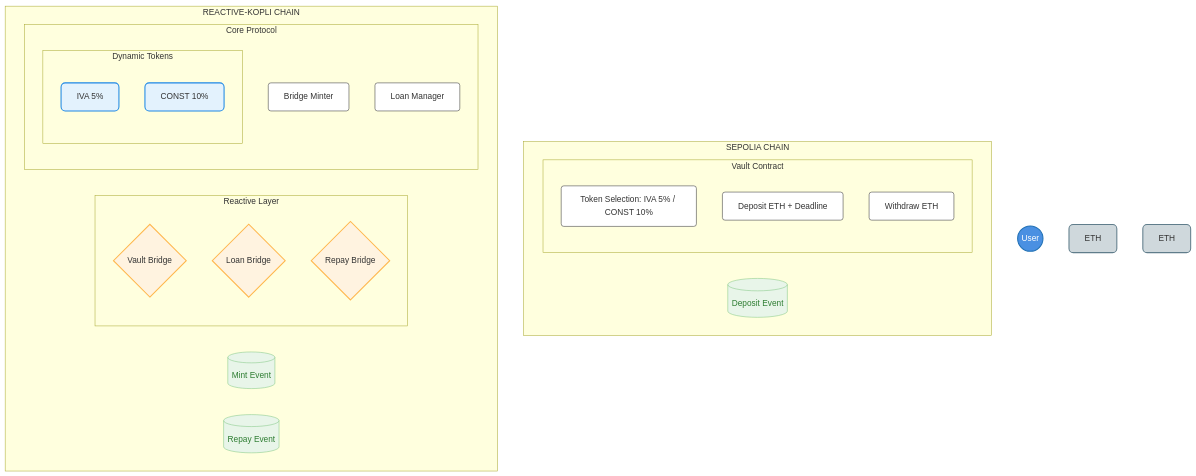
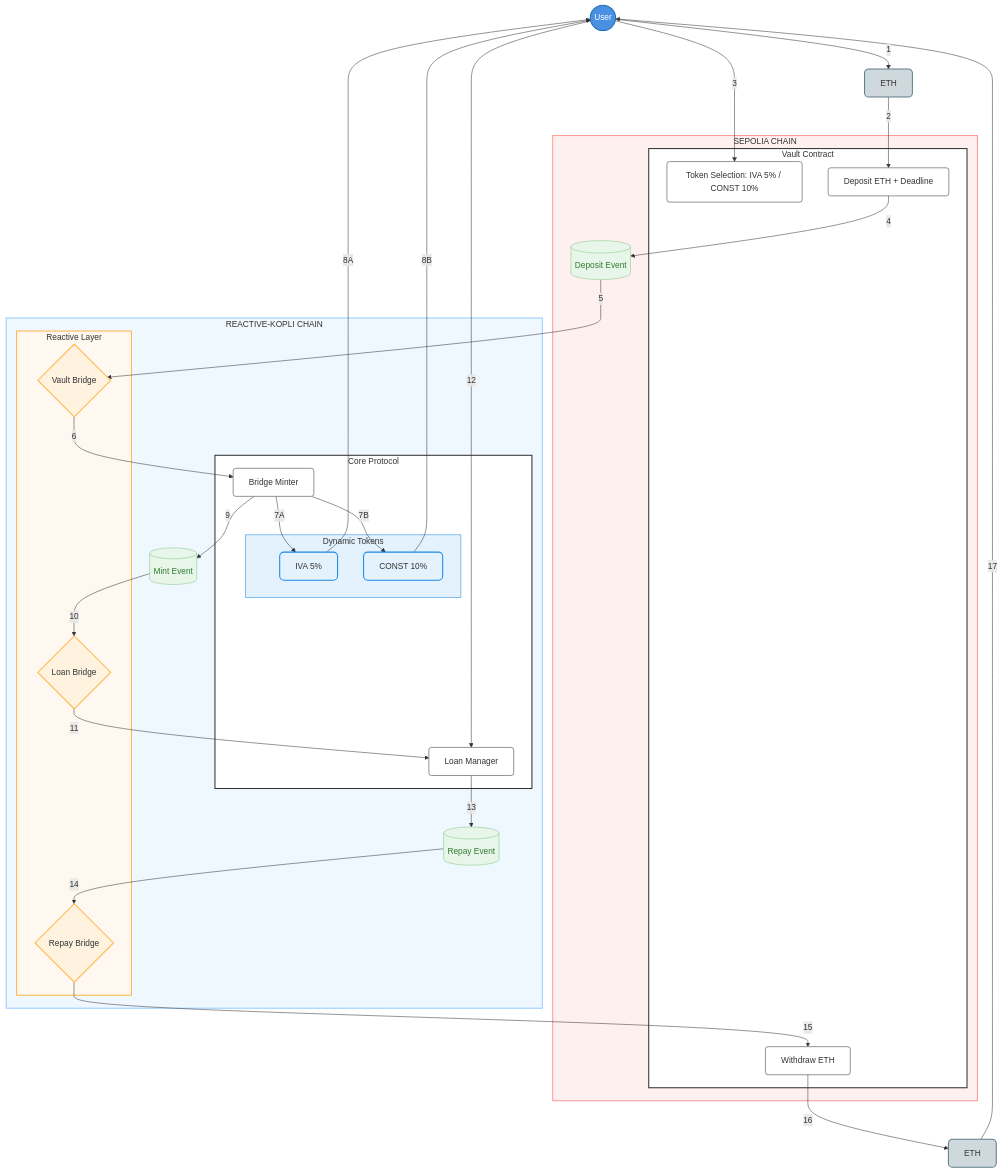
Before and after one commit to Prakhar-30/Reactive_CrossChain_Loan: the diagram in README.md, drawn with Mermaid.

Commit message:
updated architecture diagram

````diff
--- a/README.md
+++ b/README.md
@@ -13,45 +13,75 @@
 ```mermaid
 graph TB
     %% Styling definitions
     classDef userStyle fill:#4A90E2,stroke:#2171B5,stroke-width:2px,color:#fff,rx:20
     classDef contractStyle fill:#fff,stroke:#333,stroke-width:1px,rx:5
     classDef reactiveStyle fill:#FFF3E0,stroke:#FFB74D,stroke-width:2px,rx:10
     classDef eventStyle fill:#E8F5E9,stroke:#81C784,stroke-width:1px,color:#2E7D32,rx:15
     classDef tokenStyle fill:#E3F2FD,stroke:#1E88E5,stroke-width:2px,rx:8
     classDef ethStyle fill:#CFD8DC,stroke:#607D8B,stroke-width:2px,rx:8
     
     %% Nodes
     User((User)):::userStyle
     ETH_Start[ETH]:::ethStyle
     ETH_End[ETH]:::ethStyle
     
     subgraph SEPOLIA[SEPOLIA CHAIN]
         subgraph Vault[Vault Contract]
             TokenSelect[Token Selection: IVA 5% / CONST 10%]:::contractStyle
             Deposit[Deposit ETH + Deadline]:::contractStyle
             Withdraw[Withdraw ETH]:::contractStyle
         end
         DepositEvent[(Deposit Event)]:::eventStyle
     end
+
     subgraph KOPLI[REACTIVE-KOPLI CHAIN]
         subgraph Reactive[Reactive Layer]
             VaultBridge{Vault Bridge}:::reactiveStyle
             LoanBridge{Loan Bridge}:::reactiveStyle
             RepayBridge{Repay Bridge}:::reactiveStyle
         end
         
         subgraph Core[Core Protocol]
             BridgeMinter[Bridge Minter]:::contractStyle
             
             subgraph Tokens[Dynamic Tokens]
                 IVA[IVA 5%]:::tokenStyle
                 CONST[CONST 10%]:::tokenStyle
             end
             
             LoanManager[Loan Manager]:::contractStyle
         end
         
         MintEvent[(Mint Event)]:::eventStyle
         RepayEvent[(Repay Event)]:::eventStyle
     end
+
+    %% Flow connections
+    User -->|1| ETH_Start
+    ETH_Start -->|2| Deposit
+    User -->|3| TokenSelect
+    Deposit -->|4| DepositEvent
+    DepositEvent -->|5| VaultBridge
+    VaultBridge -->|6| BridgeMinter
+    BridgeMinter -->|7A| IVA
+    BridgeMinter -->|7B| CONST
+    IVA -->|8A| User
+    CONST -->|8B| User
+    BridgeMinter -->|9| MintEvent
+    MintEvent -->|10| LoanBridge
+    LoanBridge -->|11| LoanManager
+    User -->|12| LoanManager
+    LoanManager -->|13| RepayEvent
+    RepayEvent -->|14| RepayBridge
+    RepayBridge -->|15| Withdraw
+    Withdraw -->|16| ETH_End
+    ETH_End -->|17| User
+
+    %% Subgraph styling
+    style SEPOLIA fill:#FFF0F0,stroke:#FF9999,stroke-width:2px
+    style KOPLI fill:#F0F8FF,stroke:#99CCFF,stroke-width:2px
+    style Reactive fill:#FFF8F0,stroke:#FFB74D,stroke-width:2px
+    style Core fill:#FFFFFF,stroke:#333,stroke-width:2px
+    style Vault fill:#FFFFFF,stroke:#333,stroke-width:2px
+    style Tokens fill:#E3F2FD,stroke:#1E88E5,stroke-width:1px
 ```
````
